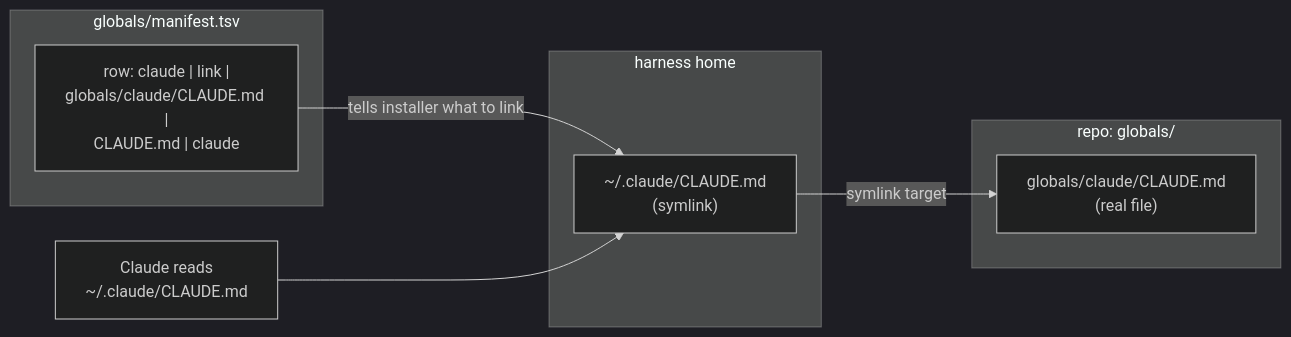
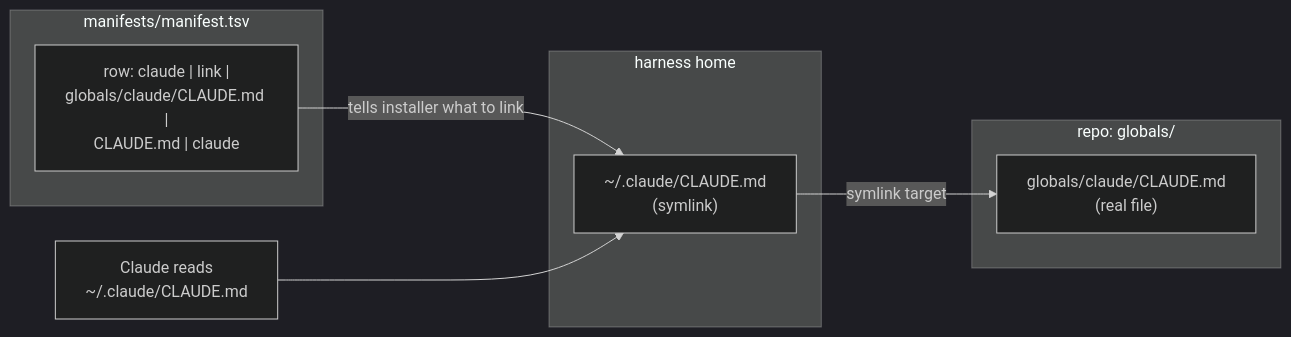
Before and after one commit to kirinmurphy/agent_harness_configs: the first of 4 diagrams in docs/architecture/manifest-and-symlinks.md, drawn with Mermaid (dark theme). The commit also changed other lines of this file and 33 other files, not shown here.

````diff
--- a/docs/architecture/manifest-and-symlinks.md
+++ b/docs/architecture/manifest-and-symlinks.md
@@ -59,17 +59,17 @@
 ```mermaid
 flowchart LR
   subgraph repo["repo: globals/"]
     src["globals/claude/CLAUDE.md<br/>(real file)"]
   end
-  subgraph manifest["globals/manifest.tsv"]
+  subgraph manifest["manifests/manifest.tsv"]
     row["row: claude | link |<br/>globals/claude/CLAUDE.md |<br/>CLAUDE.md | claude"]
   end
   subgraph home["harness home"]
     link["~/.claude/CLAUDE.md<br/>(symlink)"]
   end
   claude["Claude reads<br/>~/.claude/CLAUDE.md"]
 
   row -- "tells installer what to link" --> link
   link -- "symlink target" --> src
   claude --> link
 ```
````
